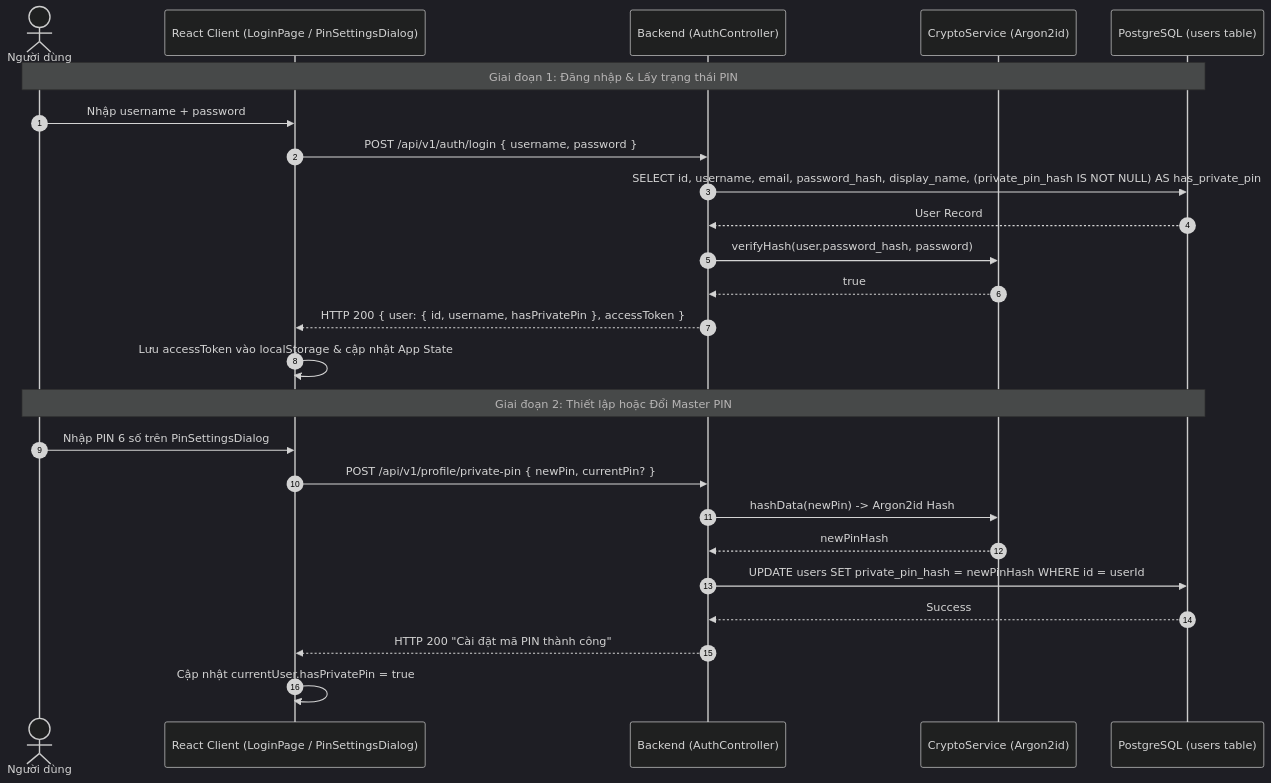
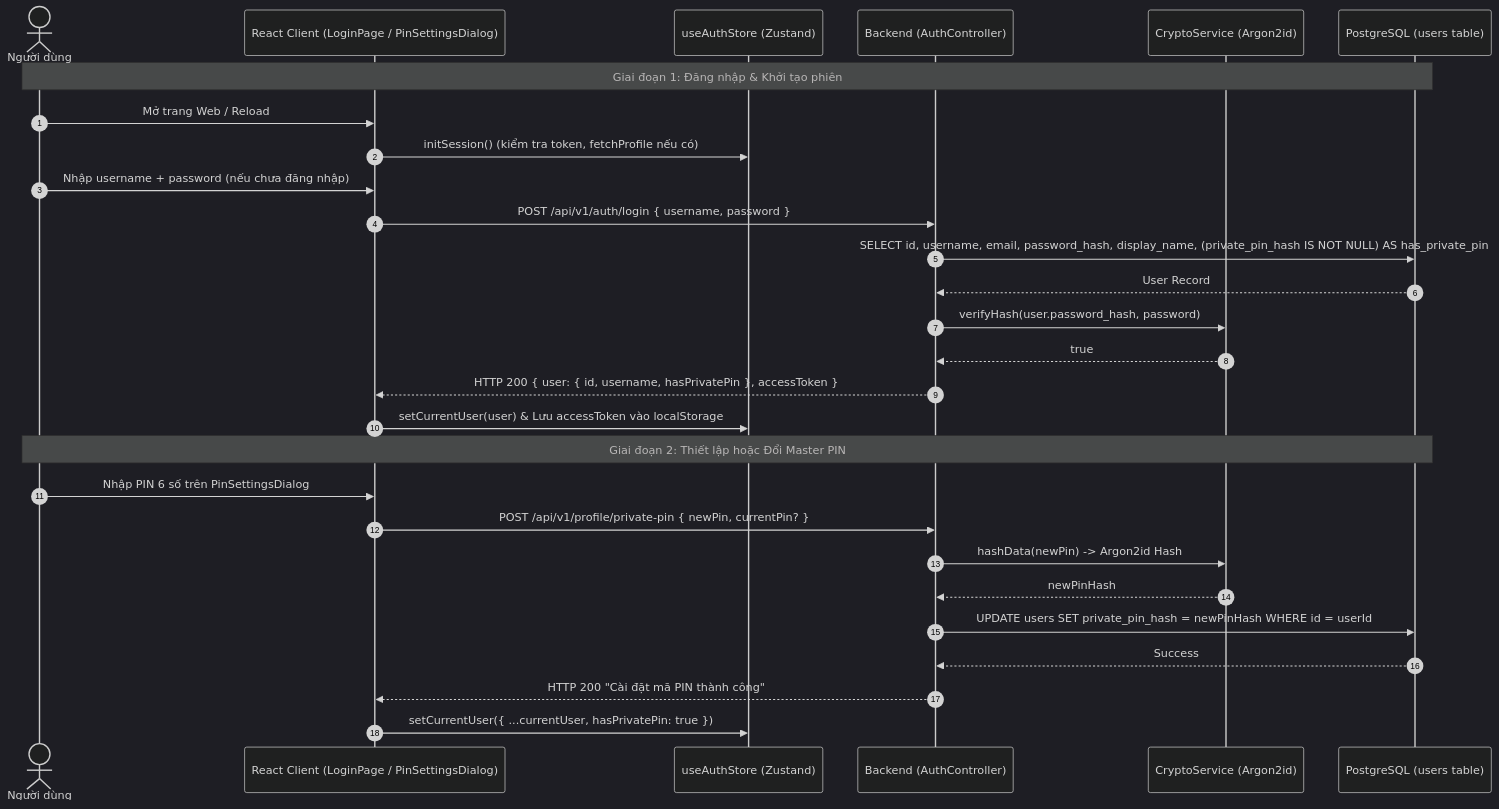
The second of 2 diagrams in docs/design/01-auth-session-and-pin-setup.md (DuongDevv/Note-Vault), drawn with Mermaid (dark theme) before and after one commit. The commit also changed other lines of this file and 24 other files, not shown here.

First line of the commit message:
refactor(auth): migrate session state to Zustand and eliminate frontend prop-drilling (#22)

````diff
--- a/docs/design/01-auth-session-and-pin-setup.md
+++ b/docs/design/01-auth-session-and-pin-setup.md
@@ -42,31 +42,34 @@
 ```mermaid
 sequenceDiagram
     autonumber
     actor User as Người dùng
     participant UI as React Client (LoginPage / PinSettingsDialog)
+    participant Store as useAuthStore (Zustand)
     participant AuthCtrl as Backend (AuthController)
     participant Crypto as CryptoService (Argon2id)
     participant DB as PostgreSQL (users table)
 
     %% Giai đoạn 1: Đăng nhập
-    Note over User,DB: Giai đoạn 1: Đăng nhập & Lấy trạng thái PIN
-    User->>UI: Nhập username + password
+    Note over User,DB: Giai đoạn 1: Đăng nhập & Khởi tạo phiên
+    User->>UI: Mở trang Web / Reload
+    UI->>Store: initSession() (kiểm tra token, fetchProfile nếu có)
+    User->>UI: Nhập username + password (nếu chưa đăng nhập)
     UI->>AuthCtrl: POST /api/v1/auth/login { username, password }
     AuthCtrl->>DB: SELECT id, username, email, password_hash, display_name, (private_pin_hash IS NOT NULL) AS has_private_pin
     DB-->>AuthCtrl: User Record
     AuthCtrl->>Crypto: verifyHash(user.password_hash, password)
     Crypto-->>AuthCtrl: true
     AuthCtrl-->>UI: HTTP 200 { user: { id, username, hasPrivatePin }, accessToken }
-    UI->>UI: Lưu accessToken vào localStorage & cập nhật App State
+    UI->>Store: setCurrentUser(user) & Lưu accessToken vào localStorage
 
     %% Giai đoạn 2: Thiết lập Master PIN
     Note over User,DB: Giai đoạn 2: Thiết lập hoặc Đổi Master PIN
     User->>UI: Nhập PIN 6 số trên PinSettingsDialog
     UI->>AuthCtrl: POST /api/v1/profile/private-pin { newPin, currentPin? }
     AuthCtrl->>Crypto: hashData(newPin) -> Argon2id Hash
     Crypto-->>AuthCtrl: newPinHash
     AuthCtrl->>DB: UPDATE users SET private_pin_hash = newPinHash WHERE id = userId
     DB-->>AuthCtrl: Success
     AuthCtrl-->>UI: HTTP 200 "Cài đặt mã PIN thành công"
-    UI->>UI: Cập nhật currentUser.hasPrivatePin = true
+    UI->>Store: setCurrentUser({ ...currentUser, hasPrivatePin: true })
 ```
````
